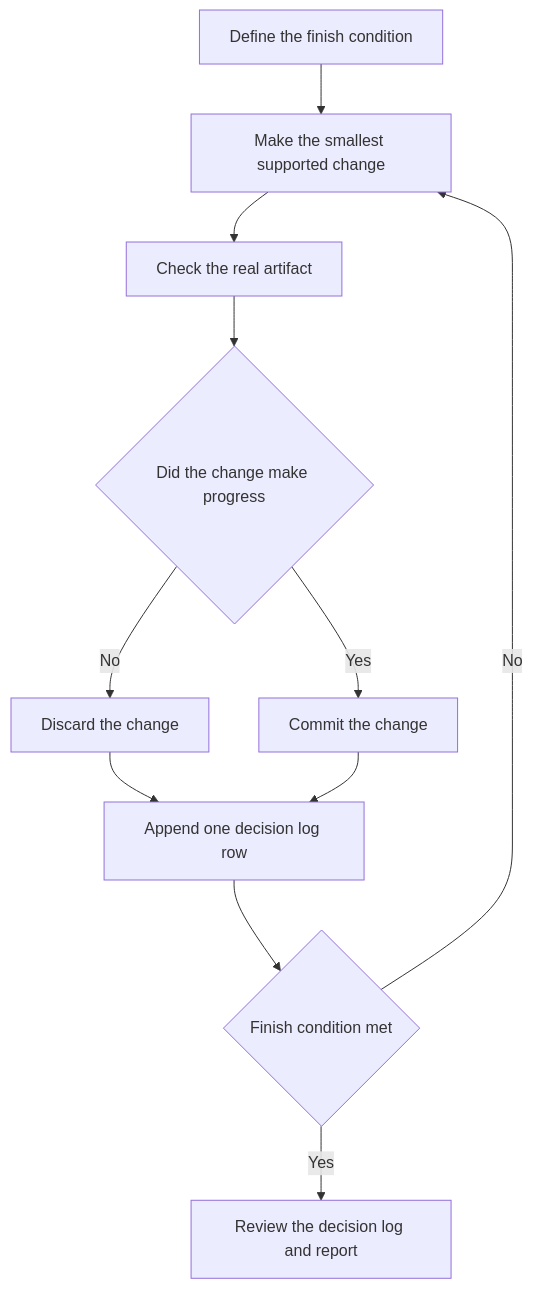
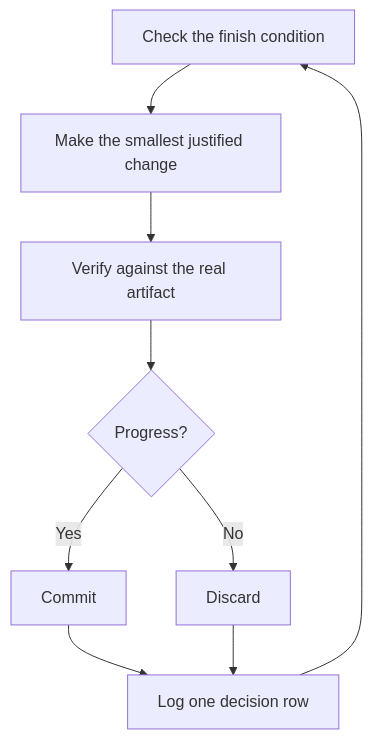
One commit to cursor/plugins changed the diagram in pstack/docs/guide/07-overnight.md. Above: the diagram before and after it, drawn with Mermaid. The commit also changed other lines of this file and 10 other files, not shown here.

````diff
--- a/pstack/docs/guide/07-overnight.md
+++ b/pstack/docs/guide/07-overnight.md
@@ -39,13 +29,11 @@
 ```mermaid
 flowchart TD
-    A[Define the finish condition] --> B[Make the smallest supported change]
-    B --> C[Check the real artifact]
-    C --> D{Did the change make progress}
-    D -->|No| E[Discard the change]
-    D -->|Yes| F[Commit the change]
-    E --> G[Append one decision log row]
+    A[Check the finish condition] --> B[Make the smallest justified change]
+    B --> C[Verify against the real artifact]
+    C --> D{Progress?}
+    D -->|Yes| E[Commit]
+    D -->|No| F[Discard]
+    E --> G[Log one decision row]
     F --> G
-    G --> H{Finish condition met}
-    H -->|No| B
-    H -->|Yes| I[Review the decision log and report]
+    G --> A
 ```
````
